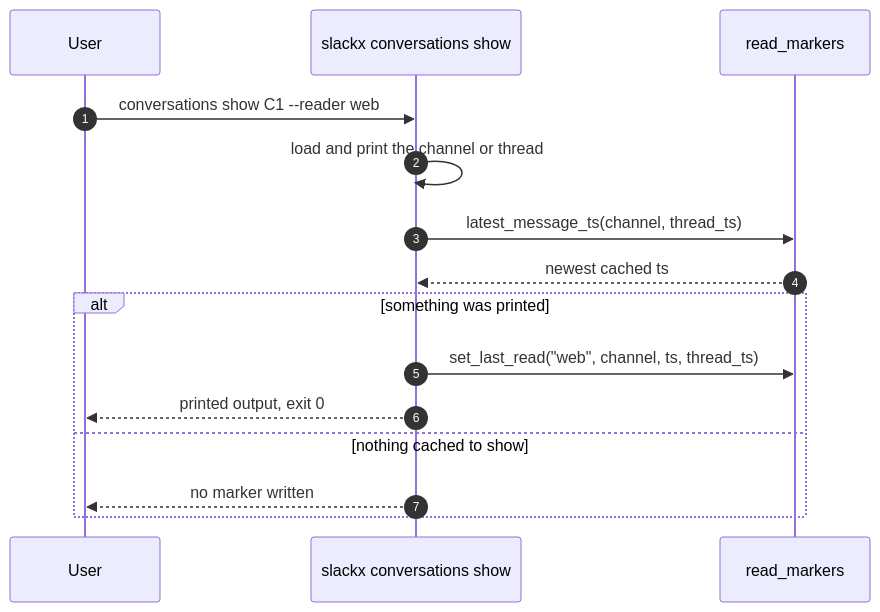
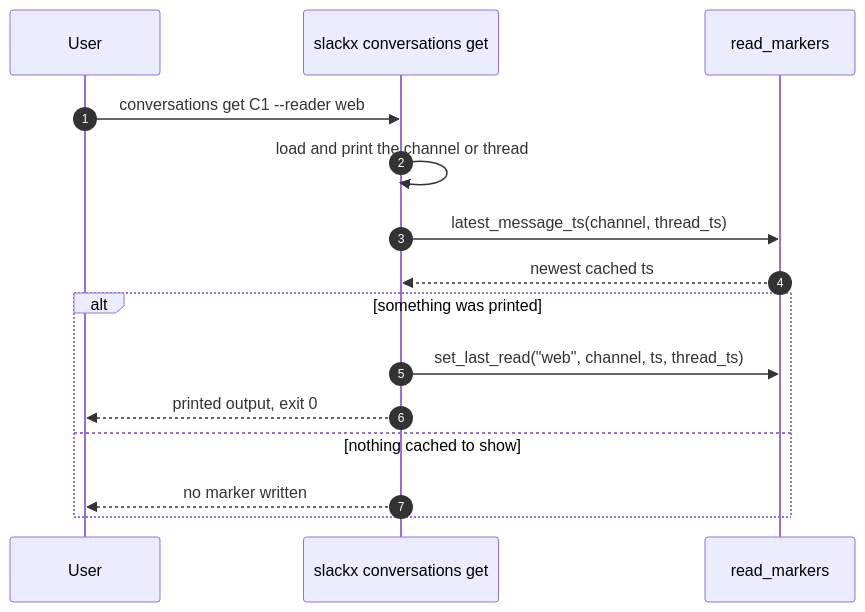
Before and after one commit to TomzxCode/slackx: the third of 5 diagrams in .sdlc/features/p3-read-markers/specification.md, drawn with Mermaid. The commit also changed other lines of this file and 25 other files, not shown here.

First line of the commit message:
docs: document get commands and show aliases

````diff
--- a/.sdlc/features/p3-read-markers/specification.md
+++ b/.sdlc/features/p3-read-markers/specification.md
@@ -142,17 +142,17 @@
 ```mermaid
 sequenceDiagram
     autonumber
     participant U as User
-    participant CLI as slackx conversations show
+    participant CLI as slackx conversations get
     participant DB as read_markers
-    U->>CLI: conversations show C1 --reader web
+    U->>CLI: conversations get C1 --reader web
     CLI->>CLI: load and print the channel or thread
     CLI->>DB: latest_message_ts(channel, thread_ts)
     DB-->>CLI: newest cached ts
     alt something was printed
         CLI->>DB: set_last_read("web", channel, ts, thread_ts)
         CLI-->>U: printed output, exit 0
     else nothing cached to show
         CLI-->>U: no marker written
     end
 ```
````
